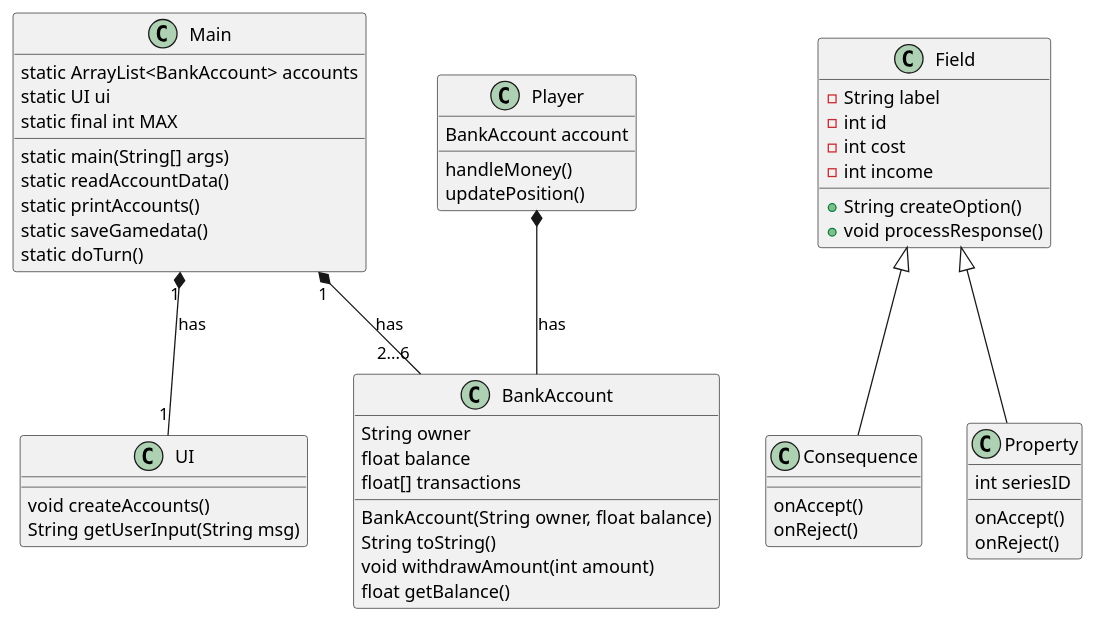
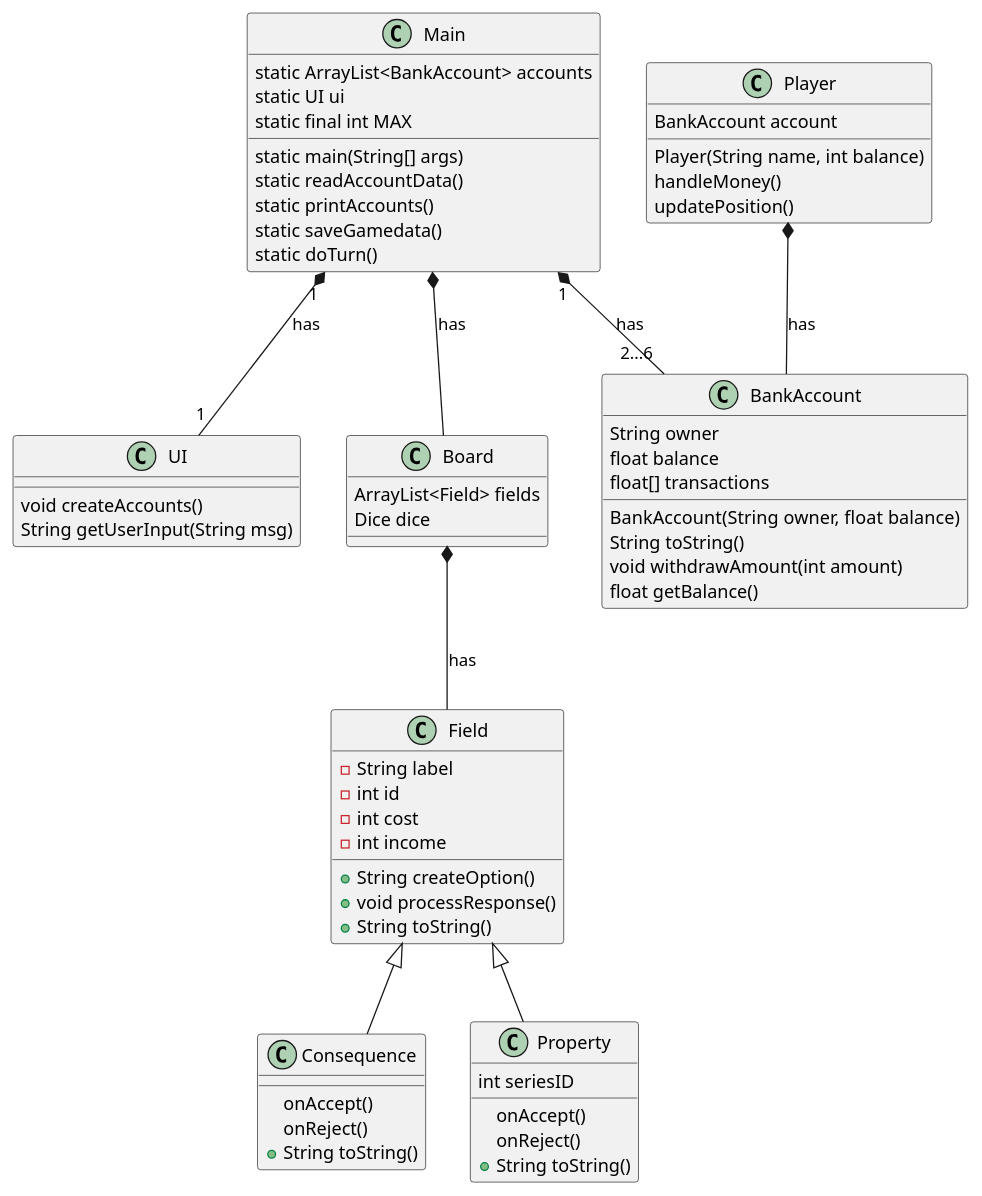
Before and after one commit to tessG/E2021Matador: the diagram in thisproject.puml, drawn with PlantUML. The commit also changed 16 other files, not shown here.

```diff
--- a/thisproject.puml
+++ b/thisproject.puml
@@ -1,49 +1,61 @@
 @startuml
 
 Main "1" *-- "2...6" BankAccount : has
 Main "1" *-- "1" UI : has
 Player *-- BankAccount : has
 Field <|-- Consequence
 Field <|-- Property
+Main *-- Board : has
+Board *-- Field : has
 Main : static ArrayList<BankAccount> accounts
 Main : static UI ui
 Main : static final int MAX
 Main : static main(String[] args)
 Main : static readAccountData()
 Main : static printAccounts()
 Main : static saveGamedata()
 Main : static doTurn()
+
+Board : ArrayList<Field> fields
+Board : Dice dice
 
 BankAccount : BankAccount(String owner, float balance)
 BankAccount : String owner
 BankAccount : float balance
 BankAccount : float[] transactions
 
 BankAccount : String toString()
 BankAccount : void withdrawAmount(int amount)
 BankAccount : float getBalance()
 
 UI : void createAccounts()
 UI : String getUserInput(String msg)
 
 Field : - String label
 Field : - int id
 Field : - int cost
 Field : - int income
 Field : + String createOption()
 Field : + void processResponse()
+Field : + String toString()
 
 Property : int seriesID
 Property : onAccept()
 Property : onReject()
+Property : + String toString()
+
+
 
 Consequence : onAccept()
 Consequence : onReject()
+Consequence : + String toString()
 
 Player : BankAccount account
+Player : Player(String name, int balance)
 Player : handleMoney()
 Player : updatePosition()
 
 
 
+
 @enduml
```
